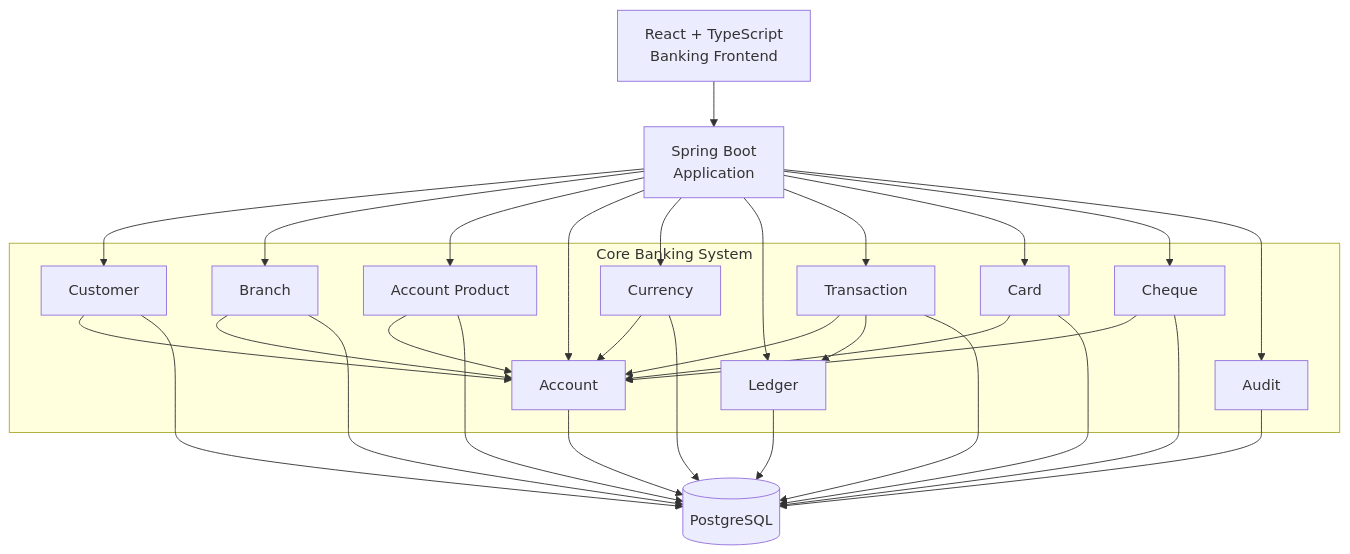
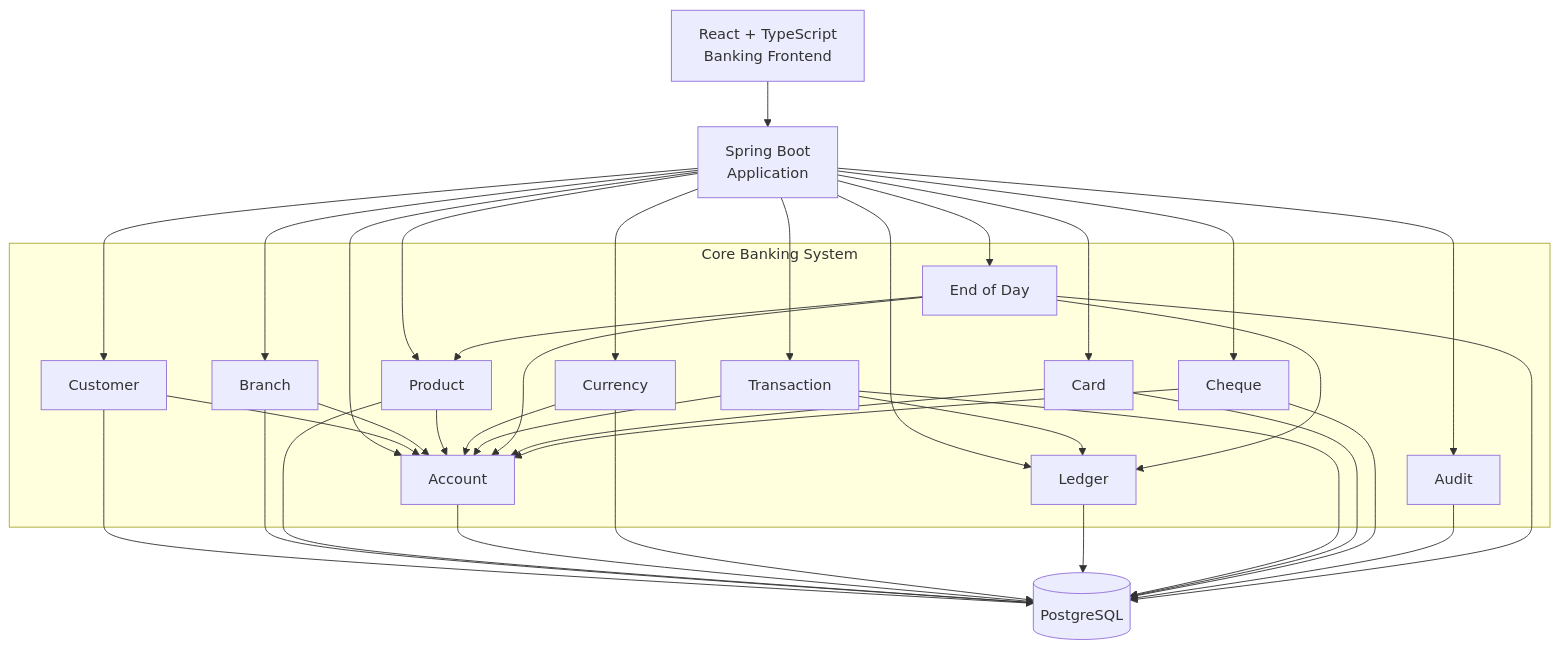
Before and after one commit to hossensyedriadh/banking: the first of 9 diagrams in README.md, drawn with Mermaid. The commit also changed other lines of this file, not shown here.

Commit message:
readme update

````diff
--- a/README.md
+++ b/README.md
@@ -78,49 +79,55 @@
 ```mermaid
 flowchart TB
     UI["React + TypeScript<br/>Banking Frontend"]
     API["Spring Boot<br/>Application"]
 
     subgraph CBS["Core Banking System"]
         CUSTOMER["Customer"]
         BRANCH["Branch"]
-        ACCOUNT_PRODUCT["Account Product"]
+        PRODUCT["Product"]
         ACCOUNT["Account"]
         CURRENCY["Currency"]
         LEDGER["Ledger"]
         TRANSACTION["Transaction"]
         CARD["Card"]
         CHEQUE["Cheque"]
         AUDIT["Audit"]
+        EOD["End of Day"]
     end
 
     DB[("PostgreSQL")]
     UI --> API
     API --> CUSTOMER
     API --> BRANCH
-    API --> ACCOUNT_PRODUCT
+    API --> PRODUCT
     API --> ACCOUNT
     API --> CURRENCY
     API --> LEDGER
     API --> TRANSACTION
     API --> CARD
     API --> CHEQUE
     API --> AUDIT
+    API --> EOD
     CUSTOMER --> ACCOUNT
     BRANCH --> ACCOUNT
-    ACCOUNT_PRODUCT --> ACCOUNT
+    PRODUCT --> ACCOUNT
     CURRENCY --> ACCOUNT
     TRANSACTION --> ACCOUNT
     TRANSACTION --> LEDGER
+    EOD --> LEDGER
+    EOD --> ACCOUNT
+    EOD --> PRODUCT
     CARD --> ACCOUNT
     CHEQUE --> ACCOUNT
     CUSTOMER --> DB
     BRANCH --> DB
-    ACCOUNT_PRODUCT --> DB
+    PRODUCT --> DB
     ACCOUNT --> DB
     CURRENCY --> DB
     LEDGER --> DB
     TRANSACTION --> DB
     CARD --> DB
     CHEQUE --> DB
     AUDIT --> DB
+    EOD --> DB
 ```
````
